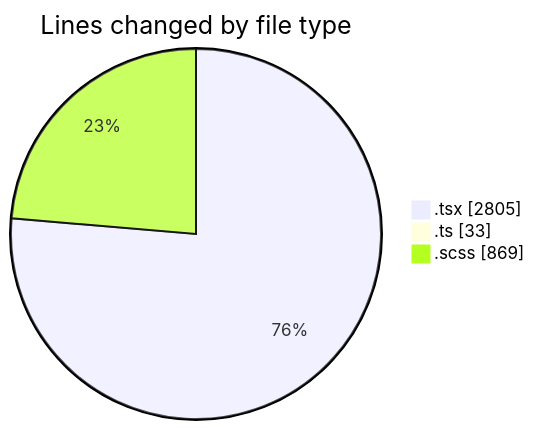
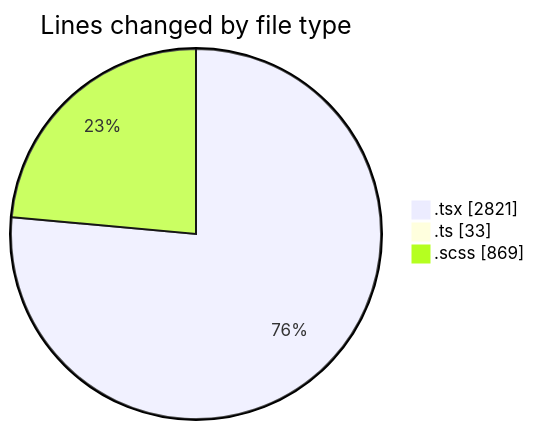
The first of 2 diagrams in 2025-02-12/cda/README.md (momahboobian/code-tracking), drawn with Mermaid before and after one commit. The commit also changed other lines of this file and 1 other file, not shown here.

````diff
--- a/2025-02-12/cda/README.md
+++ b/2025-02-12/cda/README.md
@@ -30,7 +30,7 @@
 ```mermaid
 pie showData
 title Lines changed by file type
-".tsx" : 2805
+".tsx" : 2821
 ".ts" : 33
 ".scss" : 869
 ```
````
